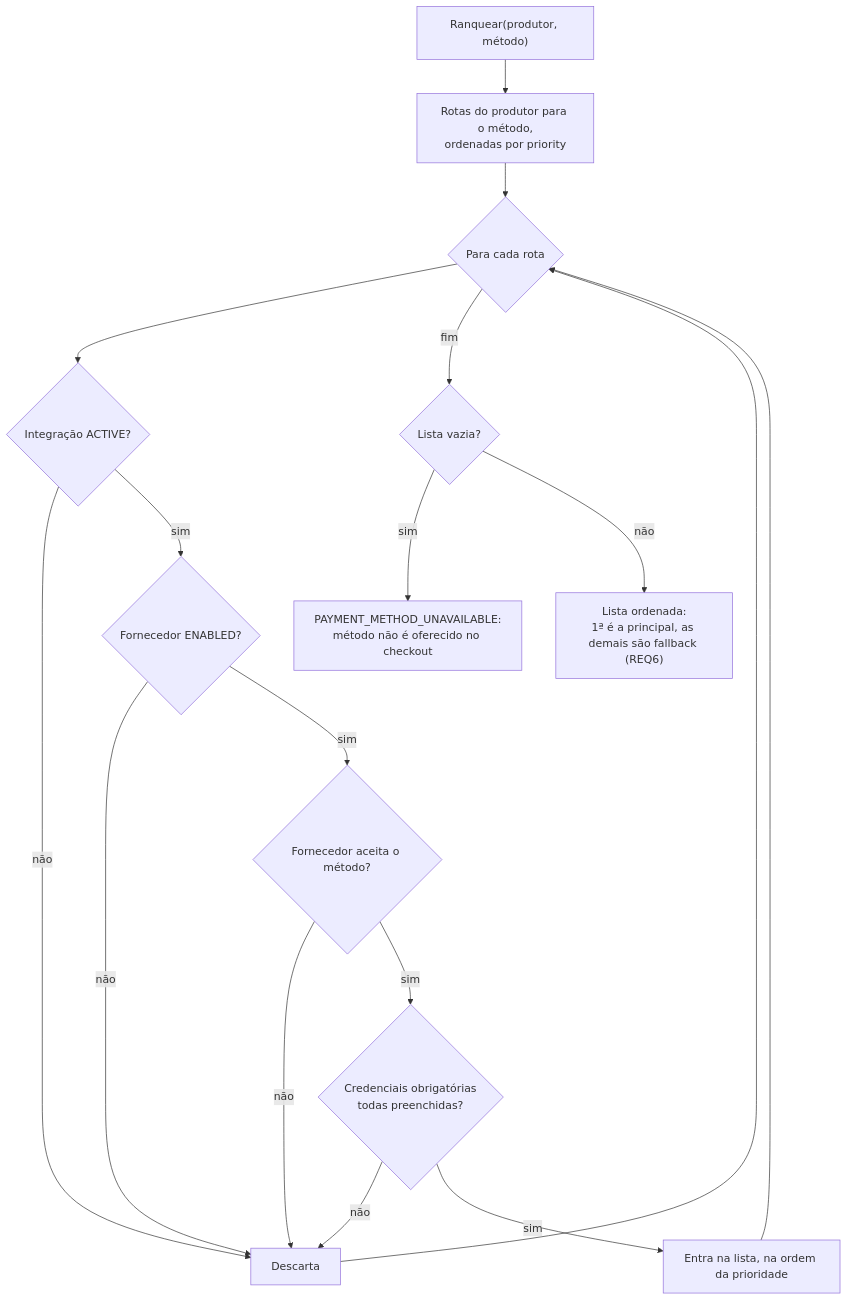
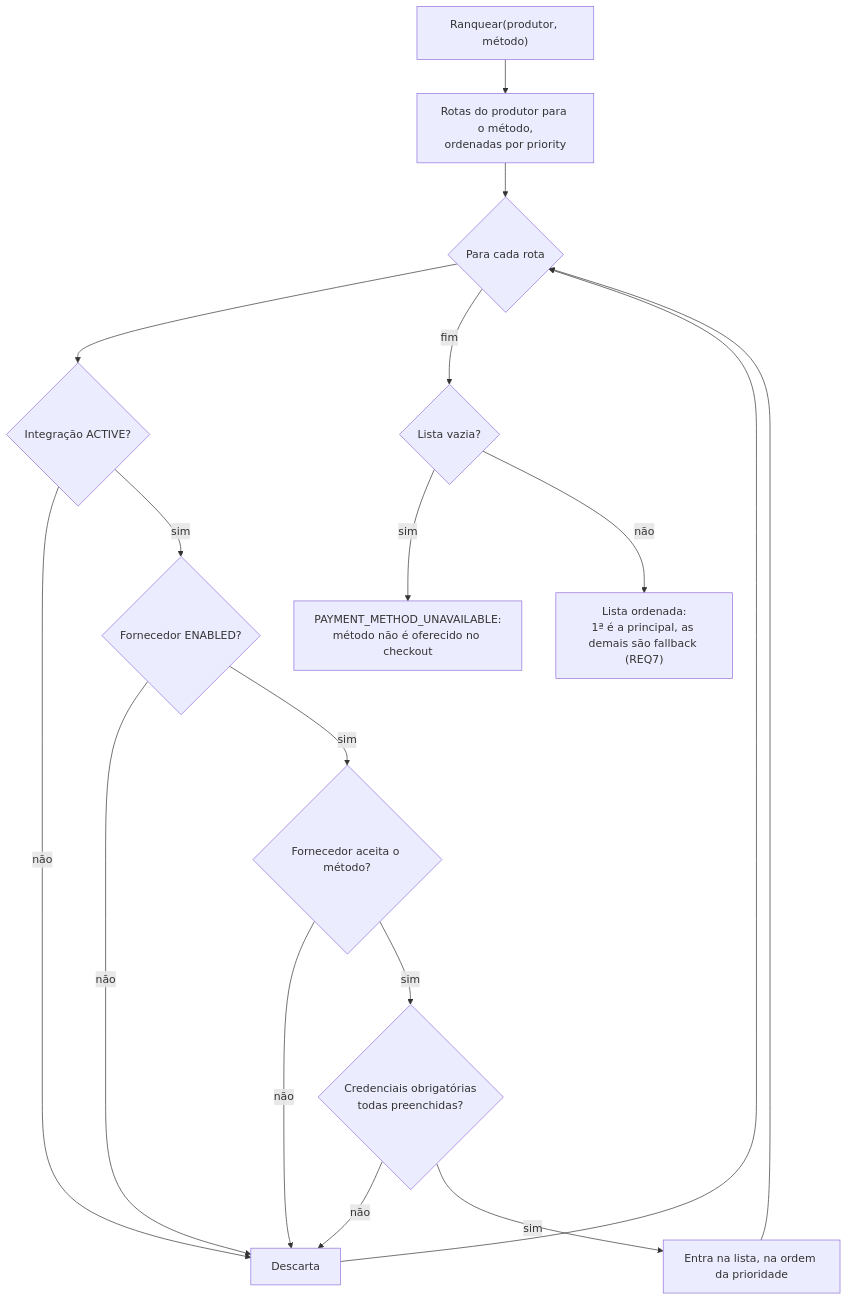
The fourth of 5 diagrams in backlog/REQ4-integracoes-de-pagamento-do-produtor.md (OtavioVB/ntix-backend), drawn with Mermaid before and after one commit. The commit also changed other lines of this file, not shown here.

Commit message:
docs: renumber payment requirements after REQ5 authentication

````diff
--- a/backlog/REQ4-integracoes-de-pagamento-do-produtor.md
+++ b/backlog/REQ4-integracoes-de-pagamento-do-produtor.md
@@ -166,19 +166,19 @@
 ```mermaid
 flowchart TD
     A["Ranquear(produtor, método)"] --> B["Rotas do produtor para o método,<br/>ordenadas por priority"]
     B --> C{Para cada rota}
     C --> D{"Integração ACTIVE?"}
     D -- não --> X[Descarta]
     D -- sim --> E{"Fornecedor ENABLED?"}
     E -- não --> X
     E -- sim --> F{"Fornecedor aceita o método?"}
     F -- não --> X
     F -- sim --> G{"Credenciais obrigatórias<br/>todas preenchidas?"}
     G -- não --> X
     G -- sim --> H[Entra na lista, na ordem da prioridade]
     X --> C
     H --> C
     C -- fim --> I{Lista vazia?}
     I -- sim --> J["PAYMENT_METHOD_UNAVAILABLE:<br/>método não é oferecido no checkout"]
-    I -- não --> K["Lista ordenada:<br/>1ª é a principal, as demais são fallback (REQ6)"]
+    I -- não --> K["Lista ordenada:<br/>1ª é a principal, as demais são fallback (REQ7)"]
 ```
````
